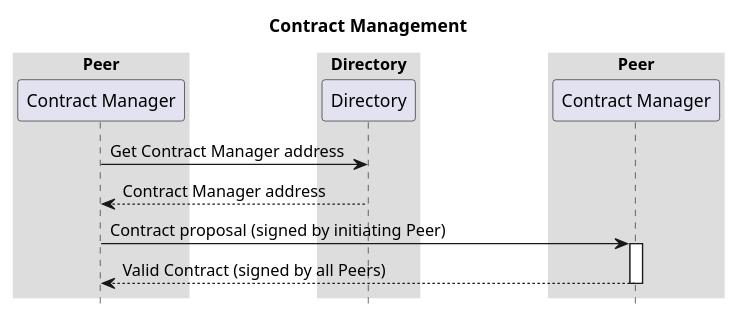
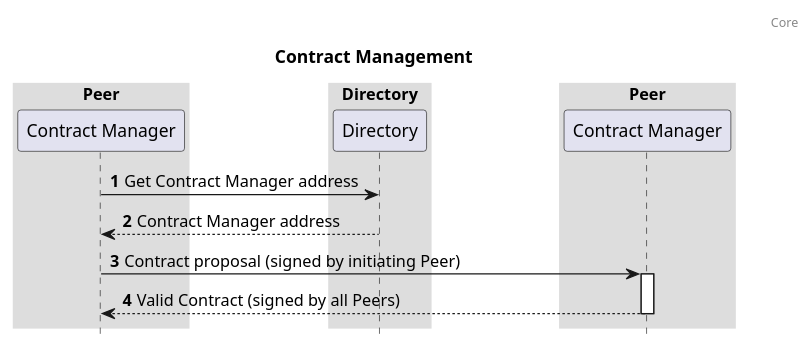
Before and after one commit to Logius-standaarden/fsc-core: the diagram in diagrams/seq-contract-management.puml, drawn with PlantUML. The commit also changed 7 other files, not shown here.

Commit message:
improved sequence diagrams

```diff
--- a/diagrams/seq-contract-management.puml
+++ b/diagrams/seq-contract-management.puml
@@ -1,23 +1,26 @@
 @startuml
+
+autonumber
+header: Core
 title: Contract Management
 
 box "Peer"
   participant "Contract Manager" as cm1
 end box
 box "Directory"
   participant "Directory" as directory
 end box
 box "Peer"
   participant "Contract Manager" as cm2
 end box
 
 cm1 -> directory: Get Contract Manager address
 return Contract Manager address
 cm1 -> cm2 ++ : Contract proposal (signed by initiating Peer)
 
 return Valid Contract (signed by all Peers)
 
 skinparam sequenceBoxBorderColor #transparent
 skinparam boxPadding 50
 hide footbox
 @enduml
```
